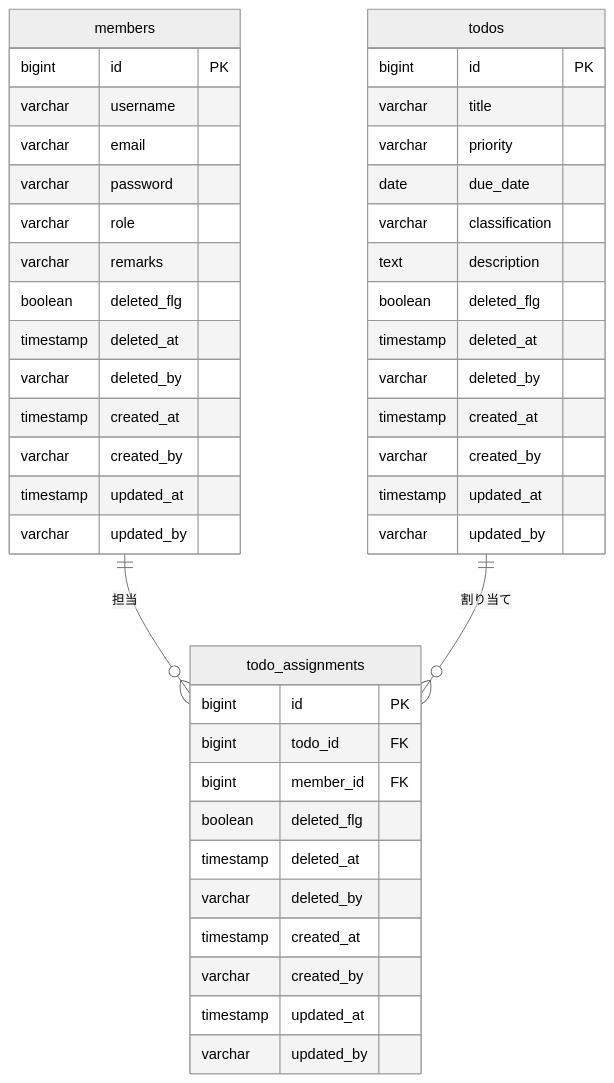
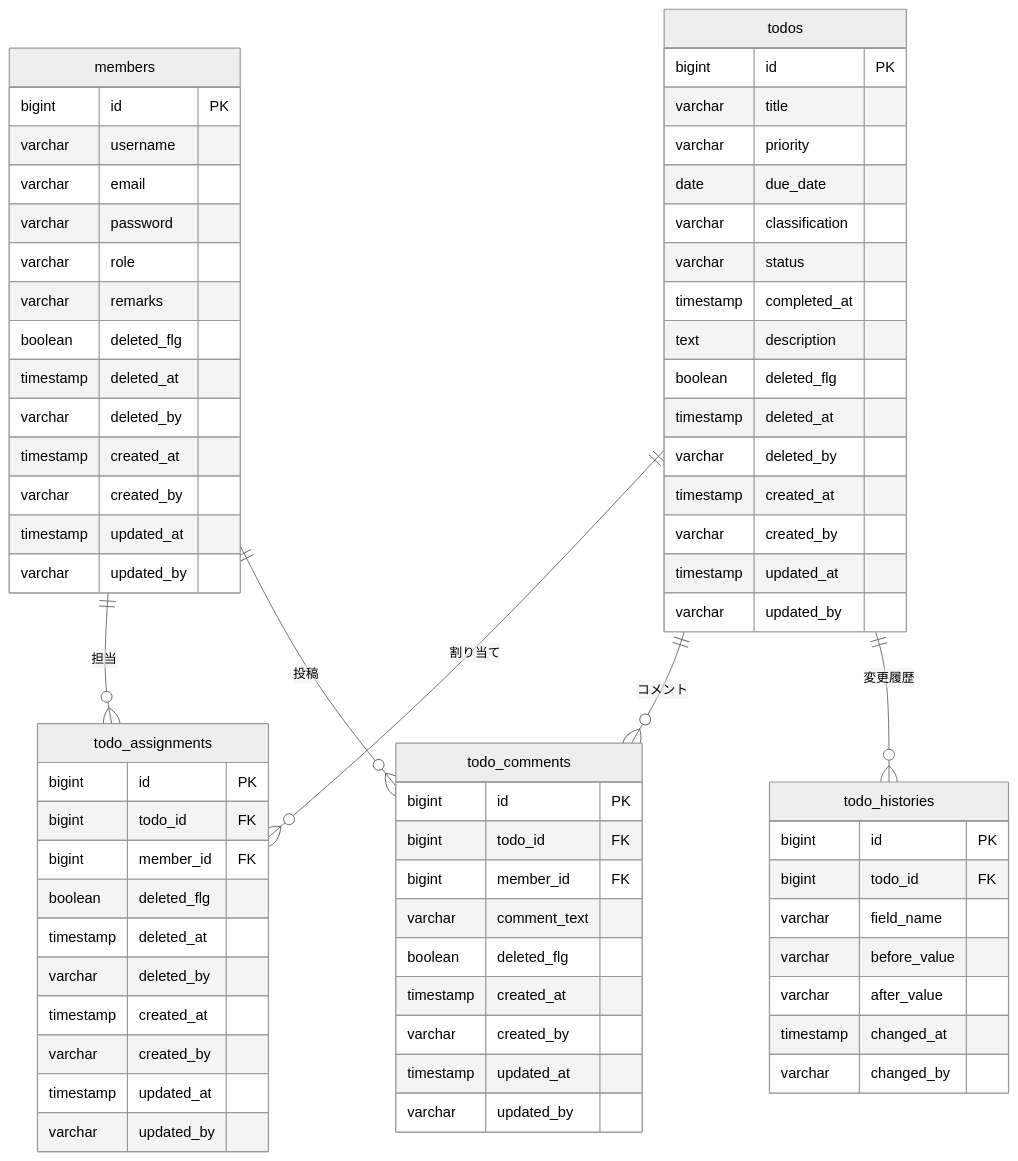
Before and after one commit to imnoob012/todo-app: the first of 2 diagrams in README.md, drawn with Mermaid (neutral theme). The commit also changed other lines of this file and 54 other files, not shown here.

````diff
--- a/README.md
+++ b/README.md
@@ -152,50 +164,78 @@
 ```mermaid
 erDiagram
     members ||--o{ todo_assignments : "担当"
     todos ||--o{ todo_assignments : "割り当て"
 
     members {
         bigint id PK
         varchar username
         varchar email
         varchar password
         varchar role
         varchar remarks
         boolean deleted_flg
         timestamp deleted_at
         varchar deleted_by
         timestamp created_at
         varchar created_by
         timestamp updated_at
         varchar updated_by
     }
 
     todos {
         bigint id PK
         varchar title
         varchar priority
         date due_date
         varchar classification
+        varchar status
+        timestamp completed_at
         text description
         boolean deleted_flg
         timestamp deleted_at
         varchar deleted_by
         timestamp created_at
         varchar created_by
         timestamp updated_at
         varchar updated_by
     }
 
     todo_assignments {
         bigint id PK
         bigint todo_id FK
         bigint member_id FK
         boolean deleted_flg
         timestamp deleted_at
         varchar deleted_by
         timestamp created_at
         varchar created_by
         timestamp updated_at
         varchar updated_by
     }
+
+    todos ||--o{ todo_comments : "コメント"
+    todos ||--o{ todo_histories : "変更履歴"
+    members ||--o{ todo_comments : "投稿"
+
+    todo_comments {
+        bigint id PK
+        bigint todo_id FK
+        bigint member_id FK
+        varchar comment_text
+        boolean deleted_flg
+        timestamp created_at
+        varchar created_by
+        timestamp updated_at
+        varchar updated_by
+    }
+
+    todo_histories {
+        bigint id PK
+        bigint todo_id FK
+        varchar field_name
+        varchar before_value
+        varchar after_value
+        timestamp changed_at
+        varchar changed_by
+    }
 ```
````
